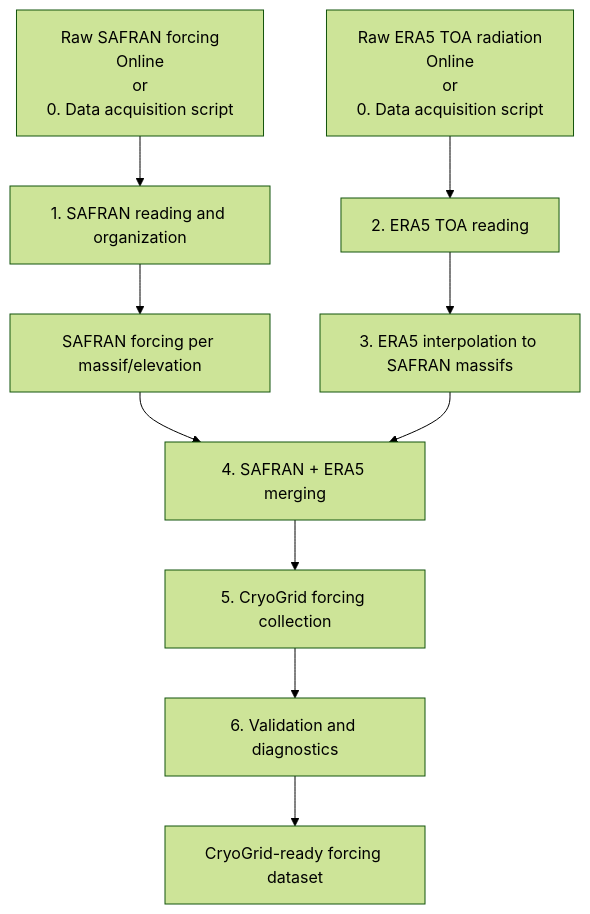
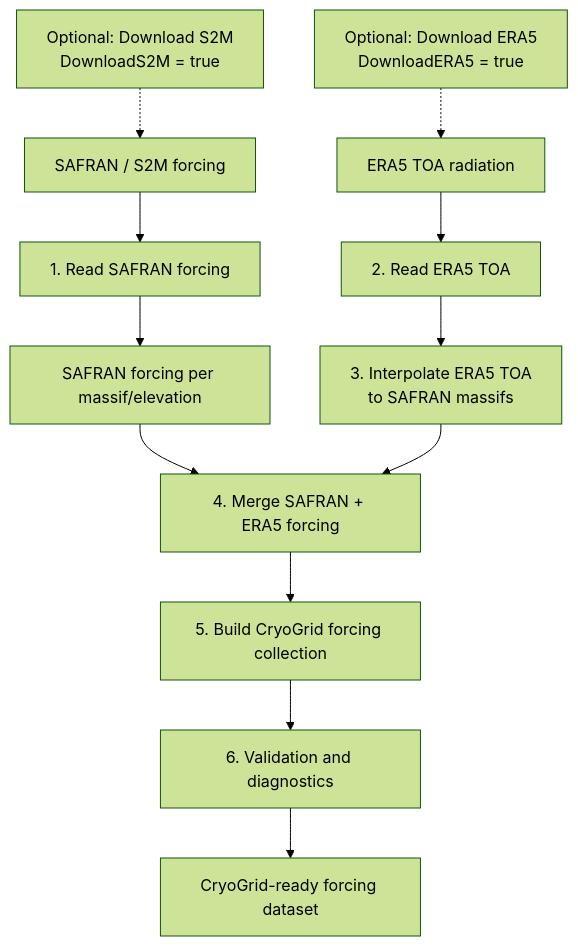
Before and after one commit to VictorPozsgay/CryoGrid_VP_Workflow: the diagram in CryoGrid/CryoGridCommunity_source/source/VP_Meteo/README.md, drawn with Mermaid (forest theme). The commit also changed other lines of this file and 10 other files, not shown here.

````diff
--- a/CryoGrid/CryoGridCommunity_source/source/VP_Meteo/README.md
+++ b/CryoGrid/CryoGridCommunity_source/source/VP_Meteo/README.md
@@ -26,16 +26,19 @@
 ```mermaid
 flowchart TD
 
-    A[Raw SAFRAN forcing \nOnline\nor\n0. Data acquisition script] --> B[1. SAFRAN reading and organization]
+    A[SAFRAN / S2M forcing] --> B[1. Read SAFRAN forcing]
     B --> C[SAFRAN forcing per massif/elevation]
 
-    D[Raw ERA5 TOA radiation \nOnline\nor\n0. Data acquisition script] --> E[2. ERA5 TOA reading]
-    E --> F[3. ERA5 interpolation to SAFRAN massifs]
+    D[ERA5 TOA radiation] --> E[2. Read ERA5 TOA]
+    E --> F[3. Interpolate ERA5 TOA<br/>to SAFRAN massifs]
 
-    C --> G[4. SAFRAN + ERA5 merging]
-    F --> G
+    G1[Optional: Download S2M<br/>DownloadS2M = true] -.-> A
+    G2[Optional: Download ERA5<br/>DownloadERA5 = true] -.-> D
 
-    G --> H[5. CryoGrid forcing collection]
-    H --> I[6. Validation and diagnostics]
-    I --> J[CryoGrid-ready forcing dataset]
+    C --> H[4. Merge SAFRAN + ERA5 forcing]
+    F --> H
+
+    H --> I[5. Build CryoGrid forcing collection]
+    I --> J[6. Validation and diagnostics]
+    J --> K[CryoGrid-ready forcing dataset]
 ```
````
